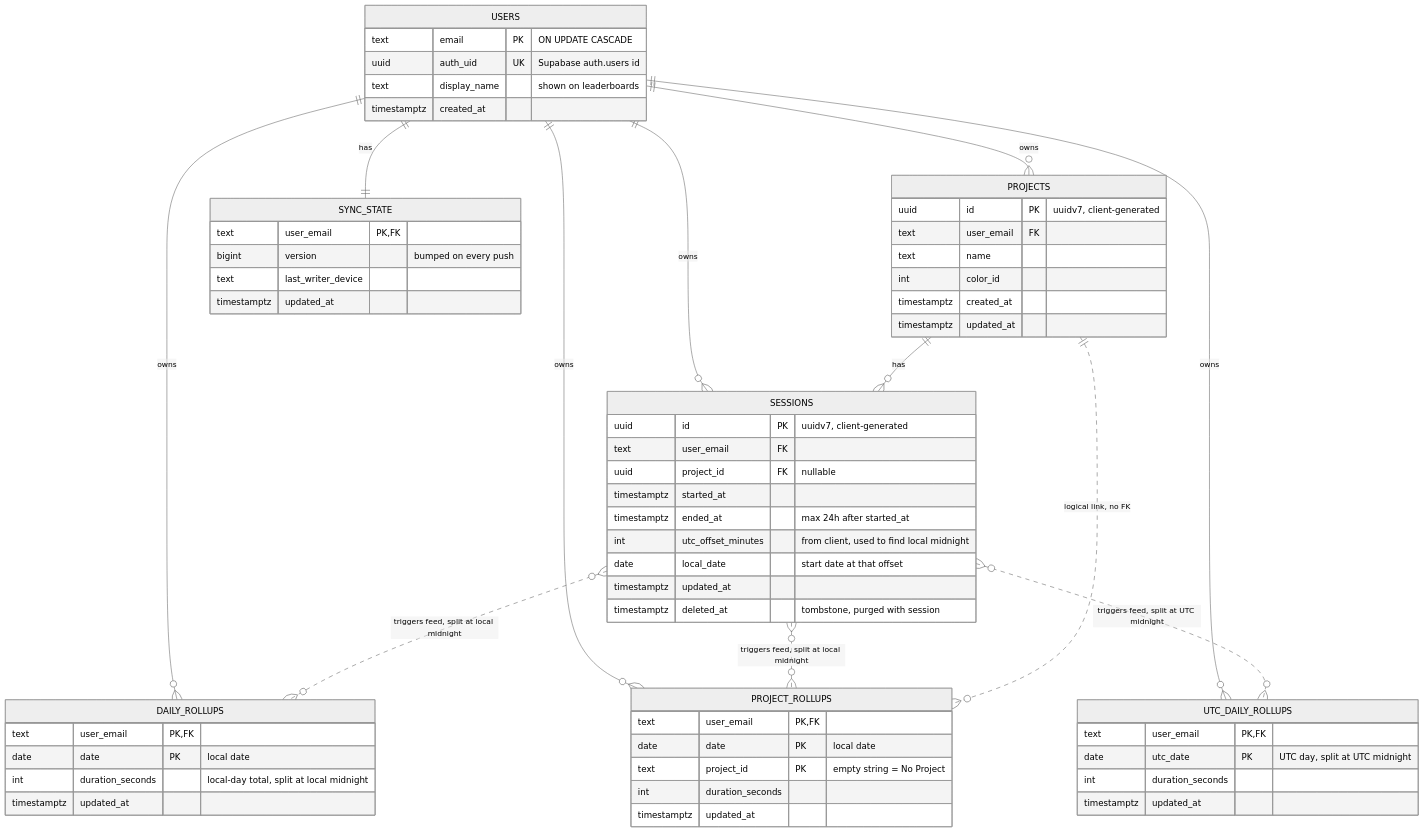
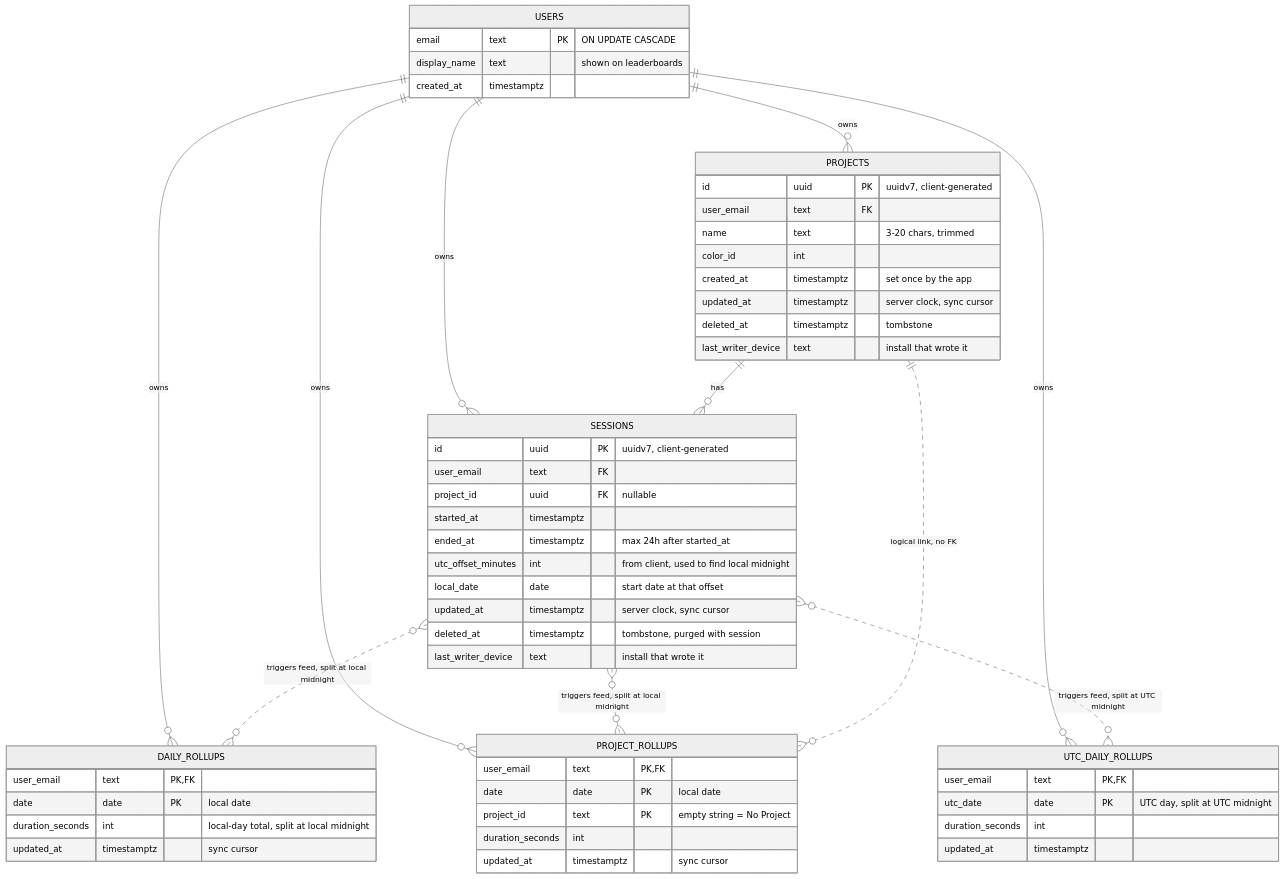
Before and after one commit to sardaar-niamotullah/tarkeez: the third of 3 diagrams in README.md, drawn with Mermaid (neutral theme). The commit also changed other lines of this file and 6 other files, not shown here.

````diff
--- a/README.md
+++ b/README.md
@@ -168,65 +195,60 @@
 ```mermaid
 erDiagram
   USERS ||--o{ PROJECTS : owns
   USERS ||--o{ SESSIONS : owns
   USERS ||--o{ DAILY_ROLLUPS : owns
   USERS ||--o{ PROJECT_ROLLUPS : owns
   USERS ||--o{ UTC_DAILY_ROLLUPS : owns
-  USERS ||--|| SYNC_STATE : has
   PROJECTS ||--o{ SESSIONS : "has"
   SESSIONS }o..o{ DAILY_ROLLUPS : "triggers feed, split at local midnight"
   SESSIONS }o..o{ PROJECT_ROLLUPS : "triggers feed, split at local midnight"
   SESSIONS }o..o{ UTC_DAILY_ROLLUPS : "triggers feed, split at UTC midnight"
   PROJECTS ||..o{ PROJECT_ROLLUPS : "logical link, no FK"
 
   USERS {
-    text email PK "ON UPDATE CASCADE"
-    uuid auth_uid UK "Supabase auth.users id"
-    text display_name "shown on leaderboards"
-    timestamptz created_at
+    email text PK "ON UPDATE CASCADE"
+    display_name text "shown on leaderboards"
+    created_at timestamptz
   }
   PROJECTS {
-    uuid id PK "uuidv7, client-generated"
-    text user_email FK
-    text name
-    int color_id
-    timestamptz created_at
-    timestamptz updated_at
+    id uuid PK "uuidv7, client-generated"
+    user_email text FK
+    name text "3-20 chars, trimmed"
+    color_id int
+    created_at timestamptz "set once by the app"
+    updated_at timestamptz "server clock, sync cursor"
+    deleted_at timestamptz "tombstone"
+    last_writer_device text "install that wrote it"
   }
   SESSIONS {
-    uuid id PK "uuidv7, client-generated"
-    text user_email FK
-    uuid project_id FK "nullable"
-    timestamptz started_at
-    timestamptz ended_at "max 24h after started_at"
-    int utc_offset_minutes "from client, used to find local midnight"
-    date local_date "start date at that offset"
-    timestamptz updated_at
-    timestamptz deleted_at "tombstone, purged with session"
+    id uuid PK "uuidv7, client-generated"
+    user_email text FK
+    project_id uuid FK "nullable"
+    started_at timestamptz
+    ended_at timestamptz "max 24h after started_at"
+    utc_offset_minutes int "from client, used to find local midnight"
+    local_date date "start date at that offset"
+    updated_at timestamptz "server clock, sync cursor"
+    deleted_at timestamptz "tombstone, purged with session"
+    last_writer_device text "install that wrote it"
   }
   DAILY_ROLLUPS {
-    text user_email PK, FK
+    user_email text PK, FK
     date date PK "local date"
-    int duration_seconds "local-day total, split at local midnight"
-    timestamptz updated_at
+    duration_seconds int "local-day total, split at local midnight"
+    updated_at timestamptz "sync cursor"
   }
   PROJECT_ROLLUPS {
-    text user_email PK, FK
+    user_email text PK, FK
     date date PK "local date"
-    text project_id PK "empty string = No Project"
-    int duration_seconds
-    timestamptz updated_at
+    project_id text PK "empty string = No Project"
+    duration_seconds int
+    updated_at timestamptz "sync cursor"
   }
   UTC_DAILY_ROLLUPS {
-    text user_email PK, FK
-    date utc_date PK "UTC day, split at UTC midnight"
-    int duration_seconds
-    timestamptz updated_at
-  }
-  SYNC_STATE {
-    text user_email PK, FK
-    bigint version "bumped on every push"
-    text last_writer_device
-    timestamptz updated_at
+    user_email text PK, FK
+    utc_date date PK "UTC day, split at UTC midnight"
+    duration_seconds int
+    updated_at timestamptz
   }
 ```
````
